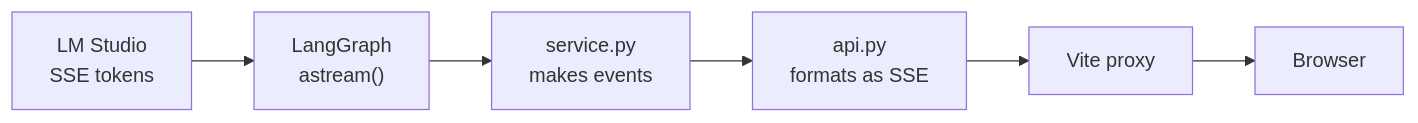
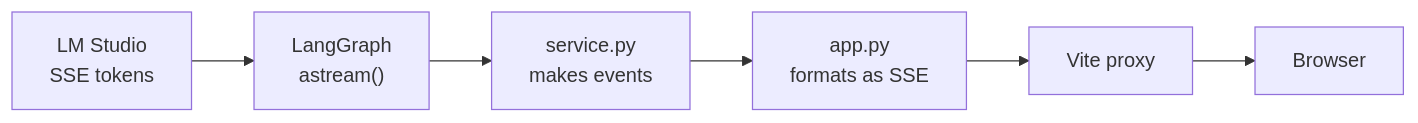
One commit to RVicky172/ShopHelper-AI-Agent changed the diagram in docs/learn/06-building-the-app/03-streaming.md. Above: the diagram before and after it, drawn with Mermaid. The commit also changed other lines of this file and 17 other files, not shown here.

````diff
--- a/docs/learn/06-building-the-app/03-streaming.md
+++ b/docs/learn/06-building-the-app/03-streaming.md
@@ -91,8 +76,8 @@
 ```mermaid
 flowchart LR
     m["LM Studio<br/>SSE tokens"] --> g["LangGraph<br/>astream()"]
     g --> s["service.py<br/>makes events"]
-    s --> a["api.py<br/>formats as SSE"]
+    s --> a["app.py<br/>formats as SSE"]
     a --> v["Vite proxy"]
     v --> b["Browser"]
 ```
````
